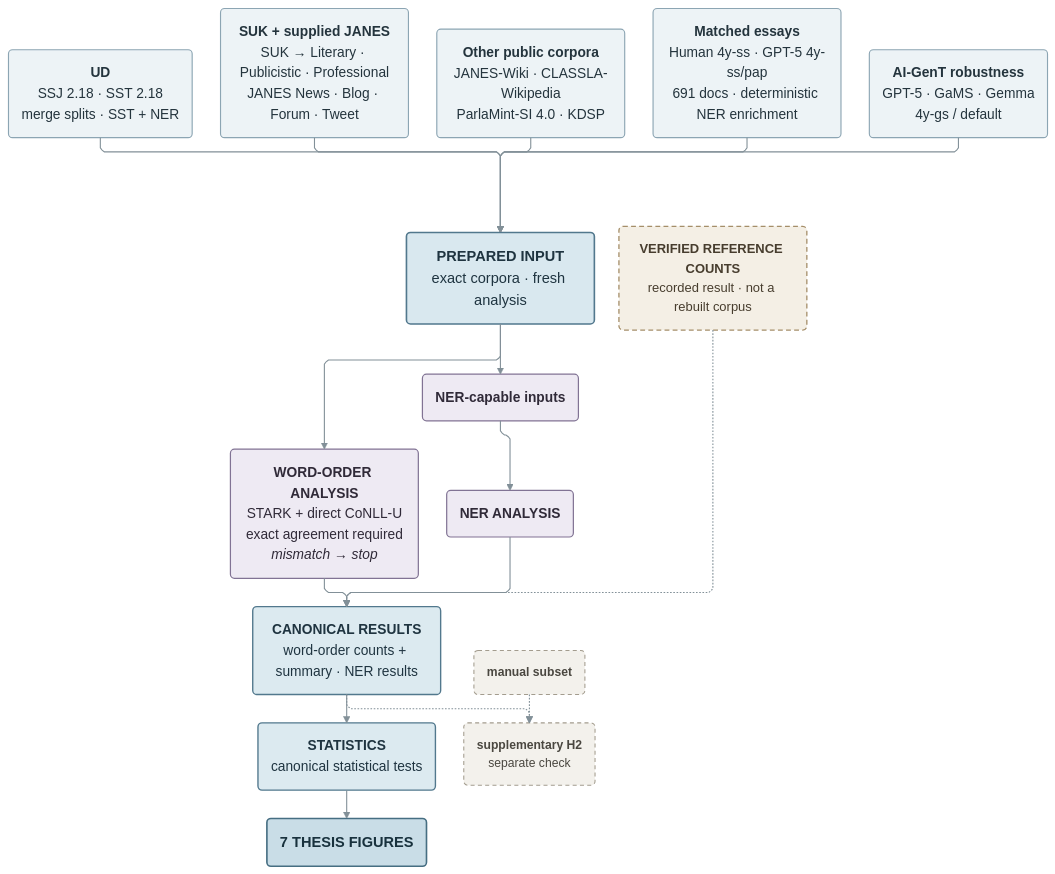
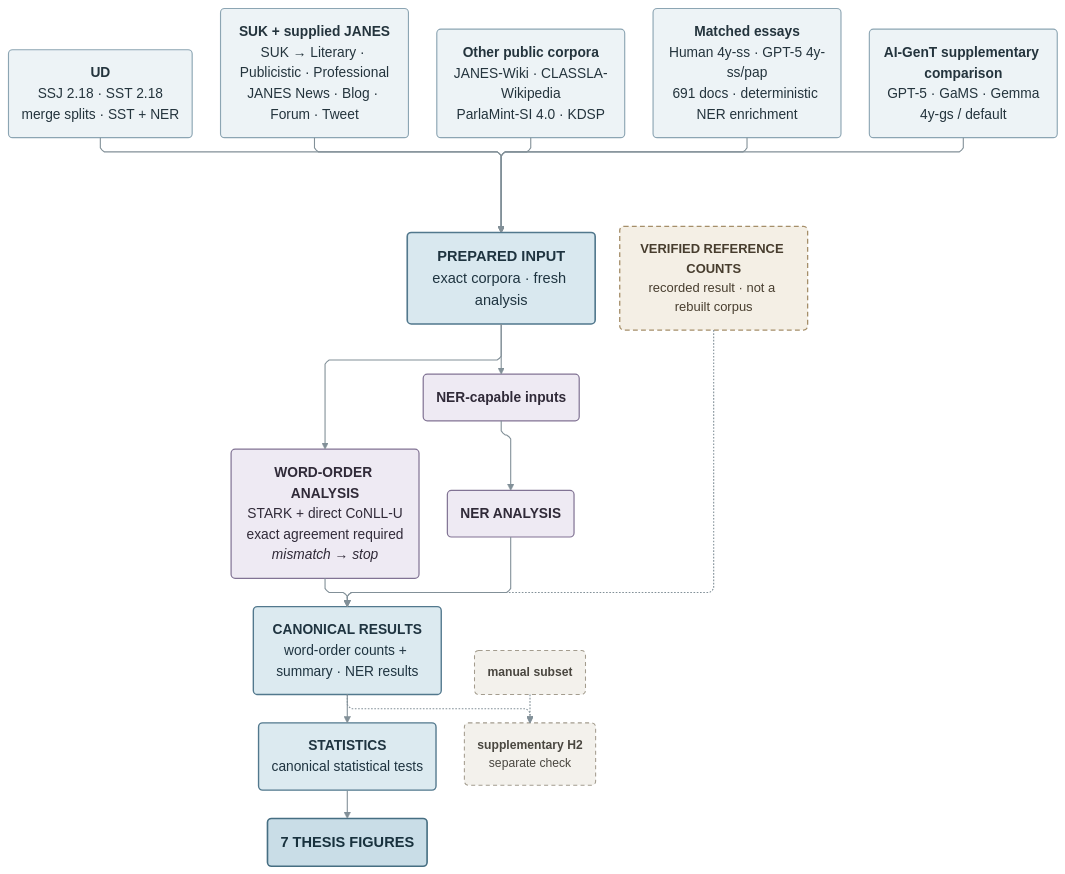
The second of 2 diagrams in README.md (hulln/sl-word-order-repro), drawn with Mermaid before and after one commit. The commit also changed other lines of this file and 6 other files, not shown here.

```diff
--- a/README.md
+++ b/README.md
@@ -141,7 +133,7 @@
     SUP("<b>SUK + supplied JANES</b><br/>SUK → Literary · Publicistic · Professional<br/>JANES News · Blog · Forum · Tweet")
     PUB("<b>Other public corpora</b><br/>JANES-Wiki · CLASSLA-Wikipedia<br/>ParlaMint-SI 4.0 · KDSP")
     ESS("<b>Matched essays</b><br/>Human 4y-ss · GPT-5 4y-ss/pap<br/>691 docs · deterministic NER enrichment")
-    AIG("<b>AI-GenT robustness</b><br/>GPT-5 · GaMS · Gemma<br/>4y-gs / default")
+    AIG("<b>AI-GenT supplementary comparison</b><br/>GPT-5 · GaMS · Gemma<br/>4y-gs / default")
 
     subgraph STATES[" "]
       direction LR
```
